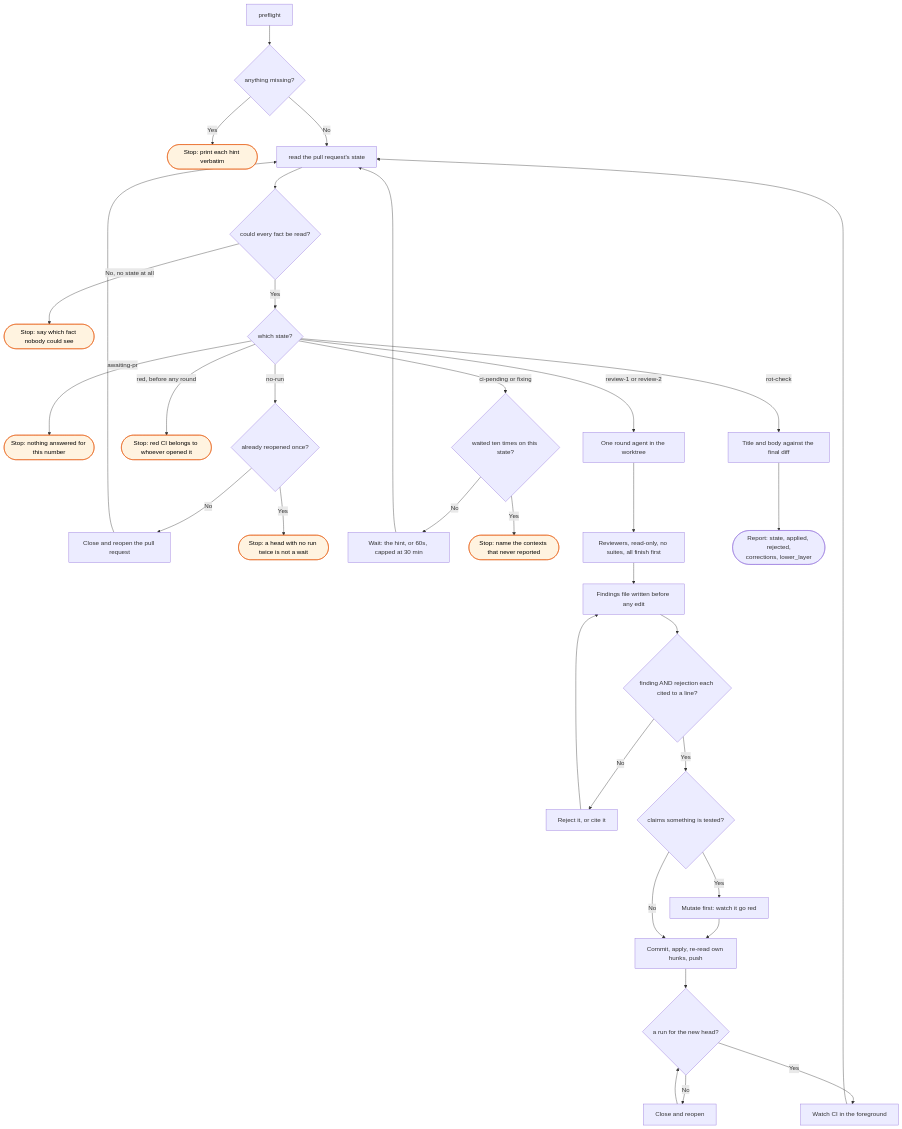
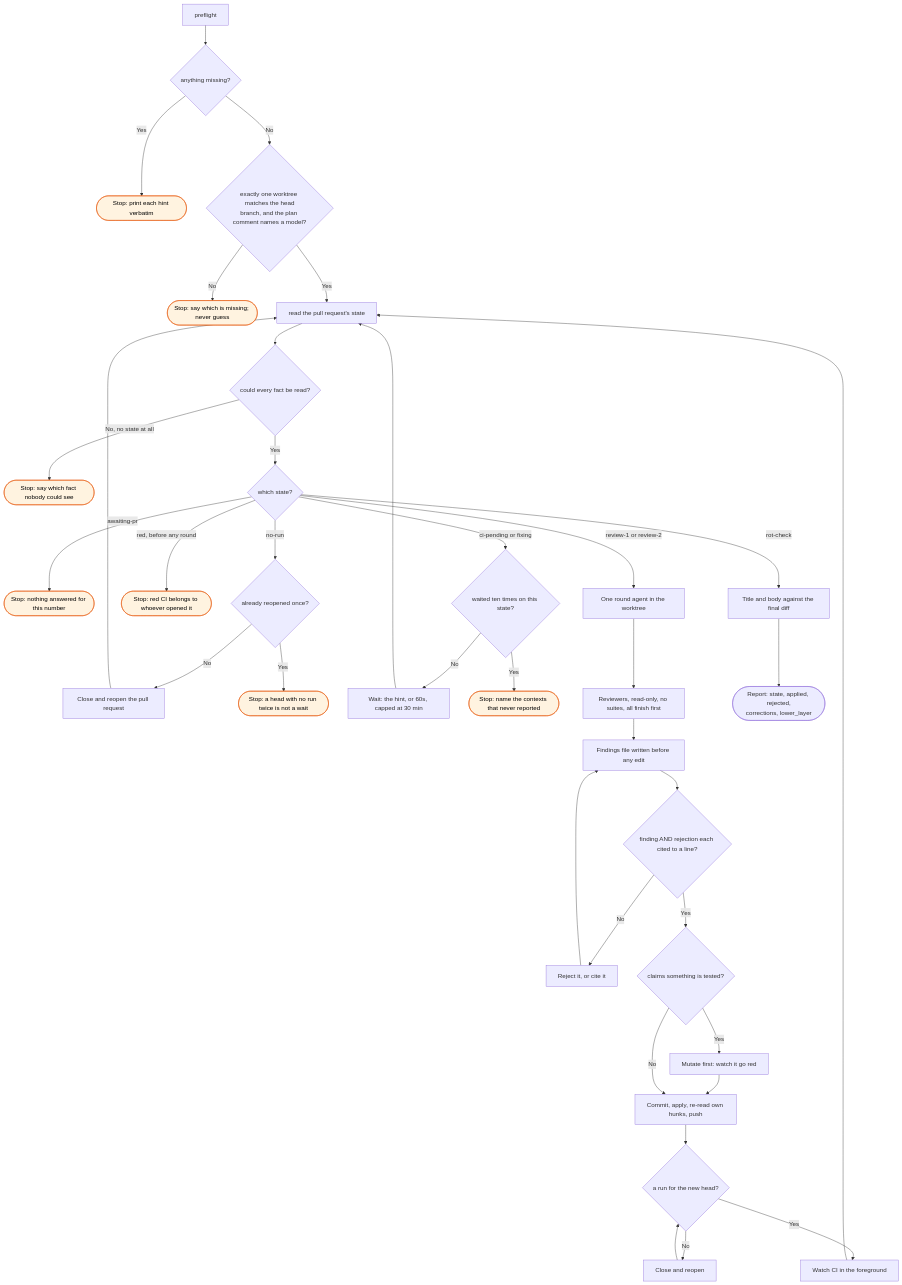
Before and after one commit to bje-settings/claude: the diagram in plugins/workstreams/skills/review/FLOW.md, drawn with Mermaid. The commit also changed 14 other files, not shown here.

````diff
--- a/plugins/workstreams/skills/review/FLOW.md
+++ b/plugins/workstreams/skills/review/FLOW.md
@@ -5,36 +5,38 @@
 ```mermaid
 flowchart TD
     A[preflight] --> B{anything missing?}
     B -->|Yes| B1([Stop: print each hint verbatim]):::stop
-    B -->|No| C[read the pull request's state]
+    B -->|No| W{exactly one worktree matches the head<br/>branch, and the plan comment names a model?}
+    W -->|No| W1([Stop: say which is missing; never guess]):::stop
+    W -->|Yes| C[read the pull request's state]
 
     C --> D{could every fact be read?}
     D -->|No, no state at all| D1([Stop: say which fact nobody could see]):::stop
     D -->|Yes| E{which state?}
 
     E -->|awaiting-pr| E1([Stop: nothing answered for this number]):::stop
     E -->|no-run| F{already reopened once?}
     F -->|No| F1[Close and reopen the pull request] --> C
     F -->|Yes| F2([Stop: a head with no run twice is not a wait]):::stop
     E -->|red, before any round| G([Stop: red CI belongs to whoever opened it]):::stop
     E -->|ci-pending or fixing| H{waited ten times on this state?}
     H -->|No| H1[Wait: the hint, or 60s, capped at 30 min] --> C
     H -->|Yes| H2([Stop: name the contexts that never reported]):::stop
 
     E -->|review-1 or review-2| I[One round agent in the worktree]
     I --> J[Reviewers, read-only, no suites, all finish first]
     J --> K[Findings file written before any edit]
     K --> L{finding AND rejection each cited to a line?}
     L -->|No| L1[Reject it, or cite it] --> K
     L -->|Yes| M{claims something is tested?}
     M -->|Yes| M1[Mutate first: watch it go red] --> N
     M -->|No| N[Commit, apply, re-read own hunks, push]
     N --> O{a run for the new head?}
     O -->|No| O1[Close and reopen] --> O
     O -->|Yes| P[Watch CI in the foreground] --> C
 
     E -->|rot-check| Q[Title and body against the final diff]
     Q --> S([Report: state, applied, rejected,<br/>corrections, lower_layer])
 
     classDef stop fill:#fff3e0,stroke:#e65100,color:#000
 ```
````
